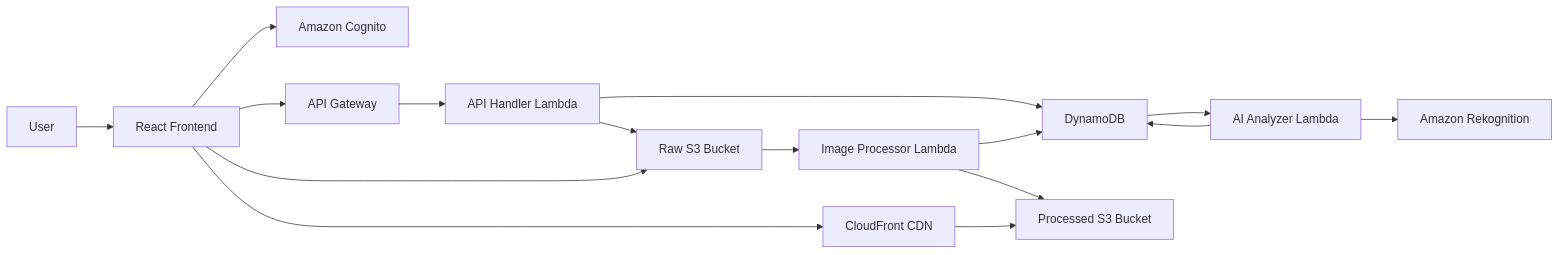
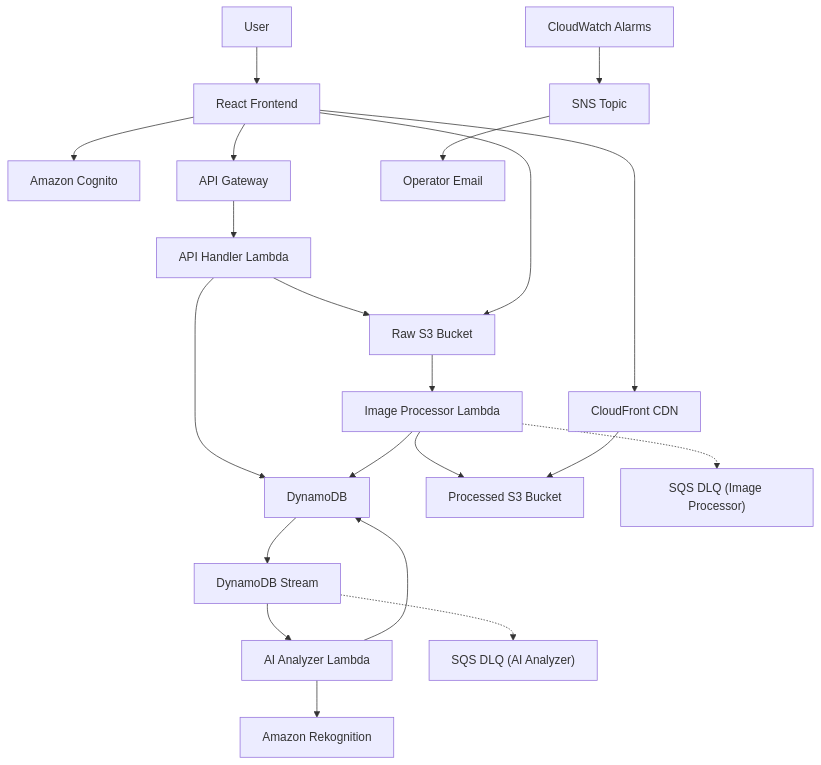
One commit to hngluc/AWS-Project changed the diagram in README.md. Above: the diagram before and after it, drawn with Mermaid. The commit also changed other lines of this file and 5 other files, not shown here.

````diff
--- a/README.md
+++ b/README.md
@@ -27,18 +27,26 @@
 ```mermaid
-flowchart LR
+flowchart TD
   User["User"] --> FE["React Frontend"]
   FE --> Cognito["Amazon Cognito"]
   FE --> API["API Gateway"]
   API --> ApiLambda["API Handler Lambda"]
   ApiLambda --> RawS3["Raw S3 Bucket"]
   ApiLambda --> DDB["DynamoDB"]
   FE --> RawS3
   RawS3 --> Processor["Image Processor Lambda"]
   Processor --> ProcessedS3["Processed S3 Bucket"]
   Processor --> DDB
-  DDB --> Analyzer["AI Analyzer Lambda"]
+  Processor -.-> DLQ_IP["SQS DLQ (Image Processor)"]
+  
+  DDB --> DDBStream["DynamoDB Stream"]
+  DDBStream --> Analyzer["AI Analyzer Lambda"]
+  DDBStream -.-> DLQ_AI["SQS DLQ (AI Analyzer)"]
   Analyzer --> Rekognition["Amazon Rekognition"]
   Analyzer --> DDB
+  
   FE --> CloudFront["CloudFront CDN"]
   CloudFront --> ProcessedS3
+
+  CW["CloudWatch Alarms"] --> SNS["SNS Topic"]
+  SNS --> Email["Operator Email"]
 ```
````
